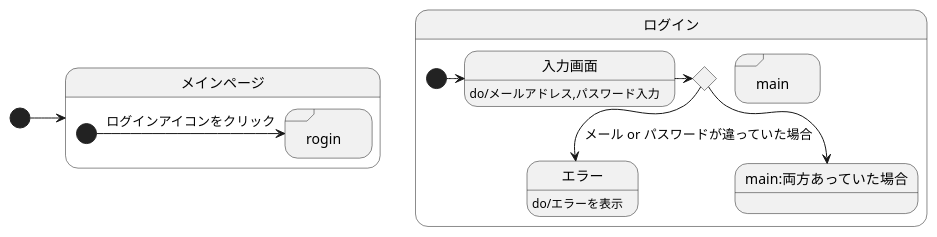
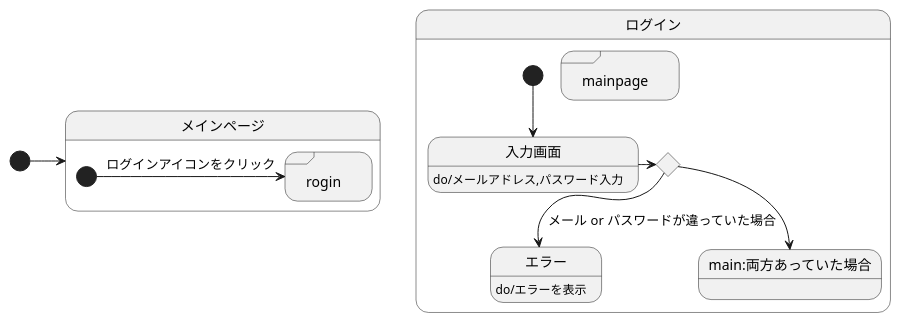
One commit to akutori/T-D-E changed the diagram in UML.md. Above: the diagram before and after it, drawn with PlantUML.

````diff
--- a/UML.md
+++ b/UML.md
@@ -1,24 +1,22 @@
 ```uml
 @startuml
 [*]->メインページ
 state メインページ{
 state "rogin" <<sdlreceive>> 
 state rogin
     [*]-> rogin : ログインアイコンをクリック
 }
 
 
 state ログイン{
 state input <<choice>>
 state "mainpage" as main <<sdlreceive>>
-state main
 入力画面:do/メールアドレス,パスワード入力
 エラー:do/エラーを表示
-    [*]-> 入力画面
+    [*]--> 入力画面
     入力画面->input
-
-    input -->エラー:メール or パスワードが違っていた場合
-    input --> main:両方あっていた場合
+    input-->エラー:メール or パスワードが違っていた場合
+    input-->main:両方あっていた場合
 }
 @enduml
 ```
````
